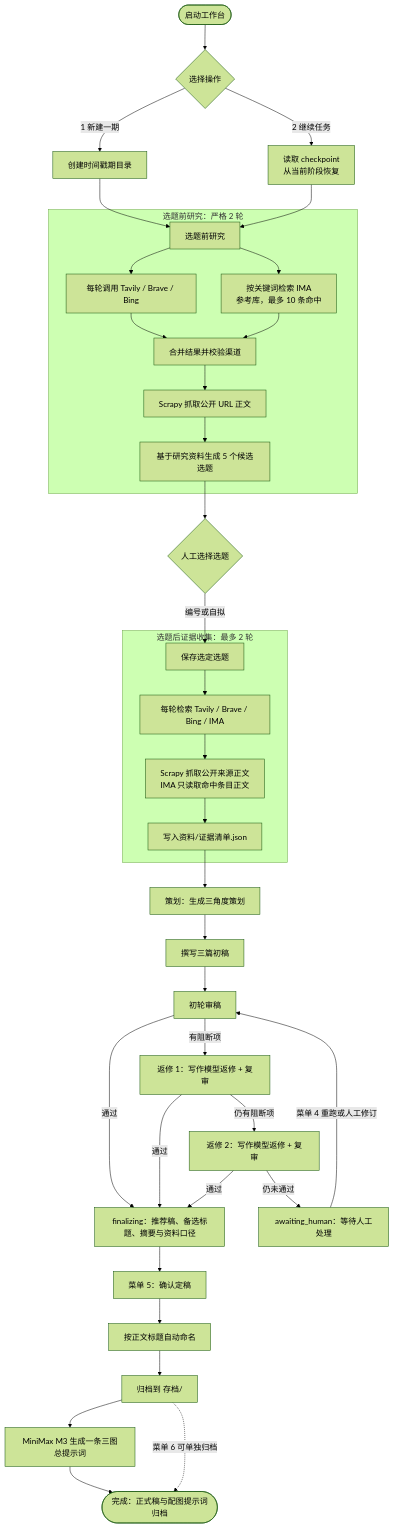
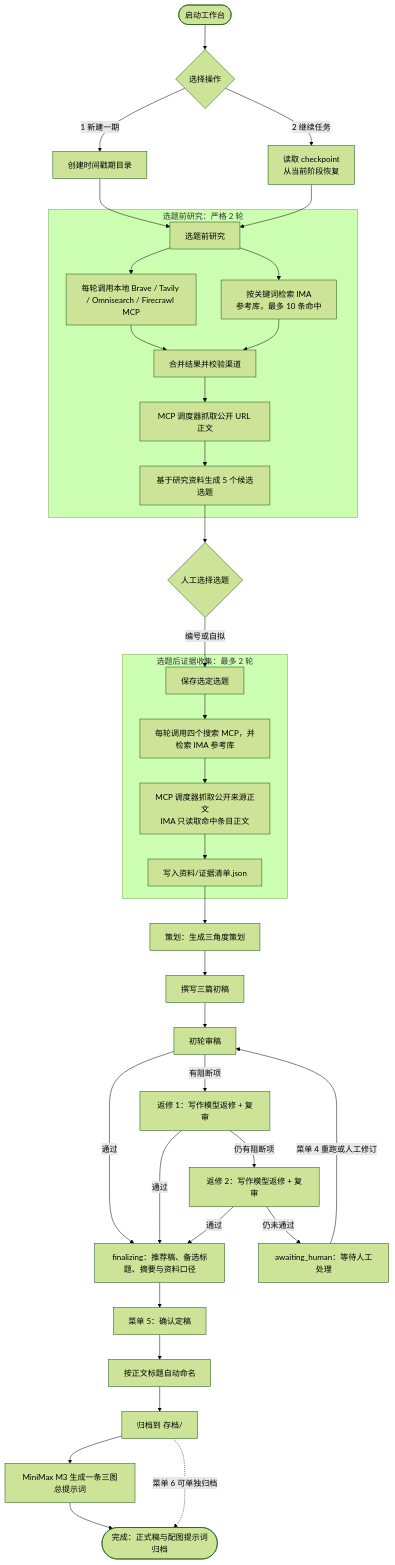
One commit to KARASzz/Shang-Jian-Lab changed the diagram in README.md. Above: the diagram before and after it, drawn with Mermaid (forest theme). The commit also changed 23 other files, not shown here.

````diff
--- a/README.md
+++ b/README.md
@@ -47,44 +47,44 @@
 ```mermaid
 flowchart TD
     A([启动工作台]) --> B{选择操作}
     B -->|1 新建一期| C[创建时间戳期目录]
     B -->|2 继续任务| D[读取 checkpoint<br/>从当前阶段恢复]
     C --> E[选题前研究]
     D --> E
 
     subgraph R[选题前研究：严格 2 轮]
-        E --> F1[每轮调用 Tavily / Brave / Bing]
+        E --> F1[每轮调用本地 Brave / Tavily / Omnisearch / Firecrawl MCP]
         E --> F2[按关键词检索 IMA<br/>参考库，最多 10 条命中]
         F1 --> G[合并结果并校验渠道]
         F2 --> G
-        G --> H[Scrapy 抓取公开 URL 正文]
+        G --> H[MCP 调度器抓取公开 URL 正文]
         H --> I[基于研究资料生成 5 个候选选题]
     end
 
     I --> J{人工选择选题}
     J -->|编号或自拟| K[保存选定选题]
 
     subgraph EVID[选题后证据收集：最多 2 轮]
-        K --> L1[每轮检索 Tavily / Brave / Bing / IMA]
-        L1 --> L2[Scrapy 抓取公开来源正文<br/>IMA 只读取命中条目正文]
+        K --> L1[每轮调用四个搜索 MCP，并检索 IMA 参考库]
+        L1 --> L2[MCP 调度器抓取公开来源正文<br/>IMA 只读取命中条目正文]
         L2 --> L3[写入资料/证据清单.json]
     end
 
     L3 --> M[策划：生成三角度策划]
     M --> N[撰写三篇初稿]
     N --> O[初轮审稿]
     O -->|通过| P[finalizing：推荐稿、备选标题、摘要与资料口径]
     O -->|有阻断项| Q[返修 1：写作模型返修 + 复审]
     Q -->|通过| P
     Q -->|仍有阻断项| R2[返修 2：写作模型返修 + 复审]
     R2 -->|通过| P
     R2 -->|仍未通过| S[awaiting_human：等待人工处理]
     S -->|菜单 4 重跑或人工修订| O
 
     P --> T[菜单 5：确认定稿]
     T --> U[按正文标题自动命名]
     U --> V[归档到 存档/]
     V --> W[MiniMax M3 生成一条三图总提示词]
     W --> X([完成：正式稿与配图提示词归档])
     V -. 菜单 6 可单独归档 .-> X
 ```
````
